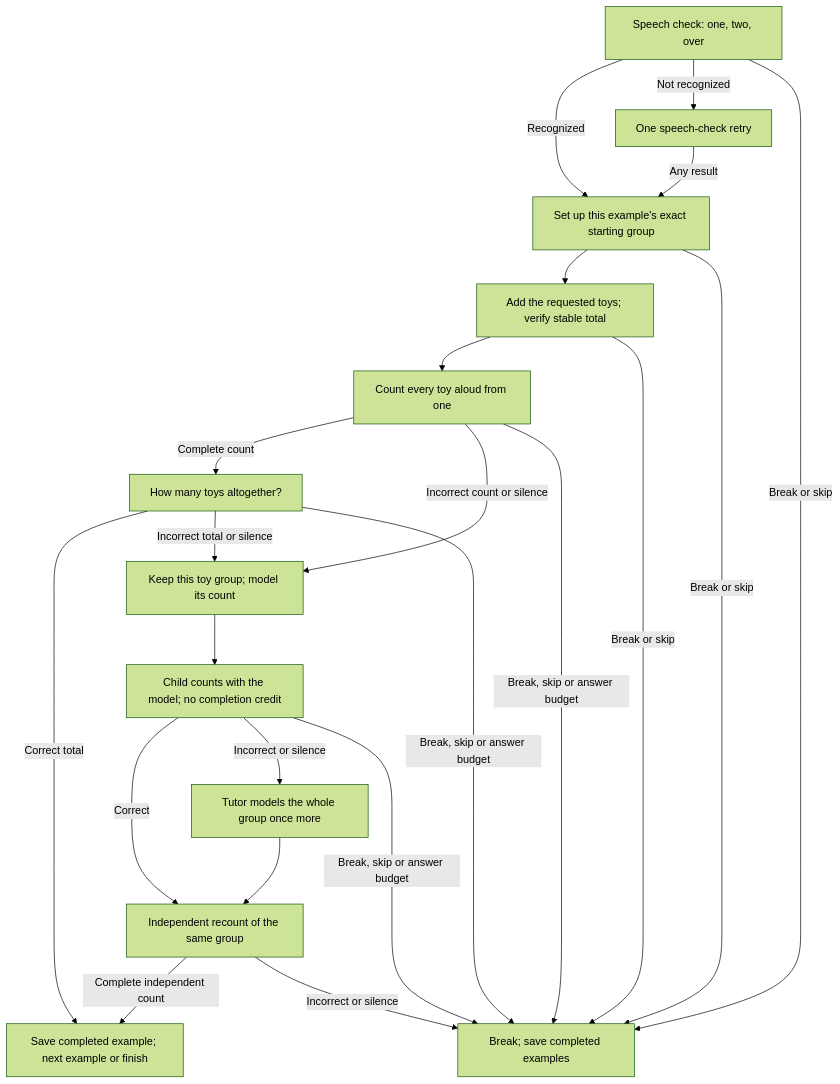
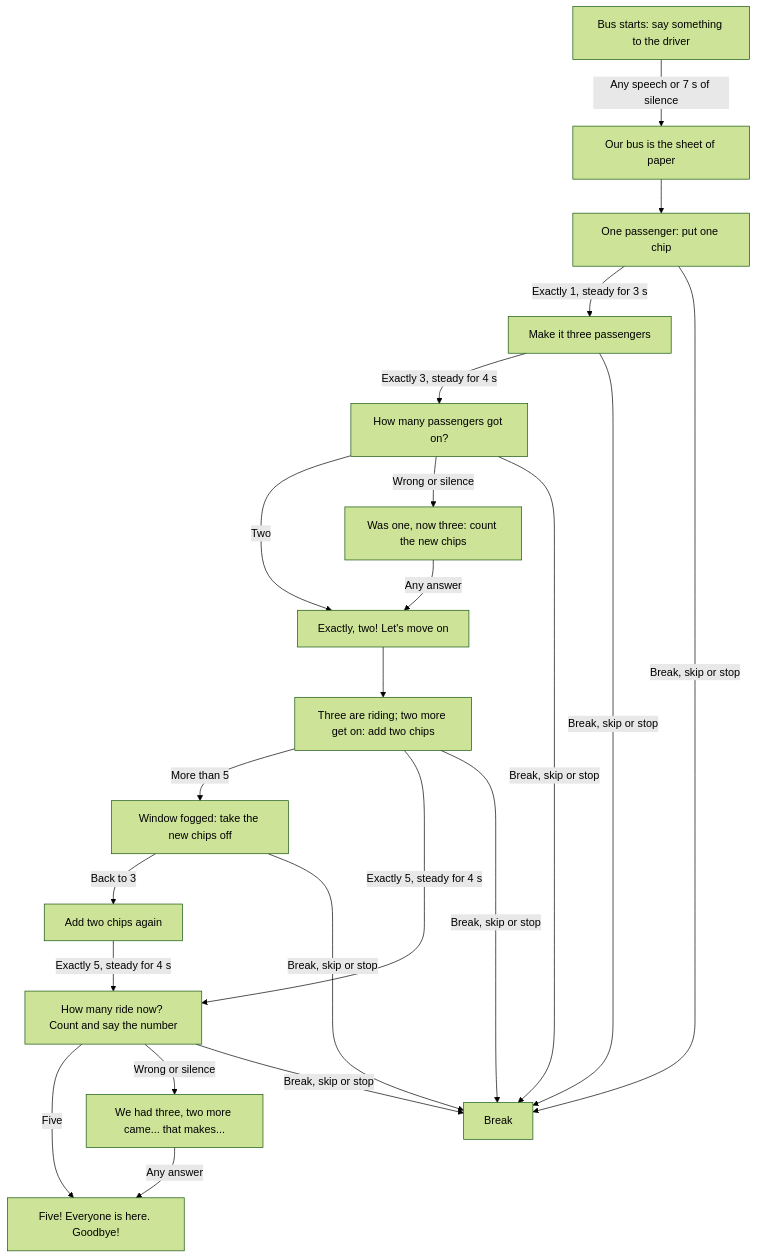
One commit to sealsbroken/unmath changed the second of 2 diagrams in README.md. Above: the diagram before and after it, drawn with Mermaid (forest theme). The commit also changed other lines of this file and 13 other files, not shown here.

First line of the commit message:
Lesson two: the bus ride from the supplied graph «Lesson 2_3»

````diff
--- a/README.md
+++ b/README.md
@@ -103,24 +109,24 @@
 ```mermaid
 flowchart TD
-    Start["Speech check: one, two, over"] -->|"Recognized"| Setup["Set up this example's exact starting group"]
-    Start -->|"Not recognized"| LinkRetry["One speech-check retry"]
-    LinkRetry -->|"Any result"| Setup
-    Setup --> Add["Add the requested toys; verify stable total"]
-    Add --> Count["Count every toy aloud from one"]
-    Count -->|"Complete count"| Total["How many toys altogether?"]
-    Total -->|"Correct total"| Done["Save completed example; next example or finish"]
-    Count -->|"Incorrect count or silence"| E0["Keep this toy group; model its count"]
-    Total -->|"Incorrect total or silence"| E0
-    E0 --> Guided["Child counts with the model; no completion credit"]
-    Guided -->|"Correct"| Final["Independent recount of the same group"]
-    Guided -->|"Incorrect or silence"| Model["Tutor models the whole group once more"]
-    Model --> Final
-    Final -->|"Complete independent count"| Done
-    Final -->|"Incorrect or silence"| Rest["Break; save completed examples"]
-    Start -->|"Break or skip"| Rest
-    Setup -->|"Break or skip"| Rest
-    Add -->|"Break or skip"| Rest
-    Count -->|"Break, skip or answer budget"| Rest
-    Total -->|"Break, skip or answer budget"| Rest
-    Guided -->|"Break, skip or answer budget"| Rest
+    Start["Bus starts: say something to the driver"] -->|"Any speech or 7 s of silence"| Paper["Our bus is the sheet of paper"]
+    Paper --> One["One passenger: put one chip"]
+    One -->|"Exactly 1, steady for 3 s"| Goal["Make it three passengers"]
+    Goal -->|"Exactly 3, steady for 4 s"| Joined["How many passengers got on?"]
+    Joined -->|"Two"| Next["Exactly, two! Let's move on"]
+    Joined -->|"Wrong or silence"| Hint1["Was one, now three: count the new chips"]
+    Hint1 -->|"Any answer"| Next
+    Next --> Add["Three are riding; two more get on: add two chips"]
+    Add -->|"More than 5"| Undo["Window fogged: take the new chips off"]
+    Undo -->|"Back to 3"| Again["Add two chips again"]
+    Again -->|"Exactly 5, steady for 4 s"| Total
+    Add -->|"Exactly 5, steady for 4 s"| Total["How many ride now? Count and say the number"]
+    Total -->|"Five"| Done["Five! Everyone is here. Goodbye!"]
+    Total -->|"Wrong or silence"| Hint2["We had three, two more came... that makes..."]
+    Hint2 -->|"Any answer"| Done
+    One -->|"Break, skip or stop"| Rest["Break"]
+    Goal -->|"Break, skip or stop"| Rest
+    Joined -->|"Break, skip or stop"| Rest
+    Add -->|"Break, skip or stop"| Rest
+    Undo -->|"Break, skip or stop"| Rest
+    Total -->|"Break, skip or stop"| Rest
 ```
````
